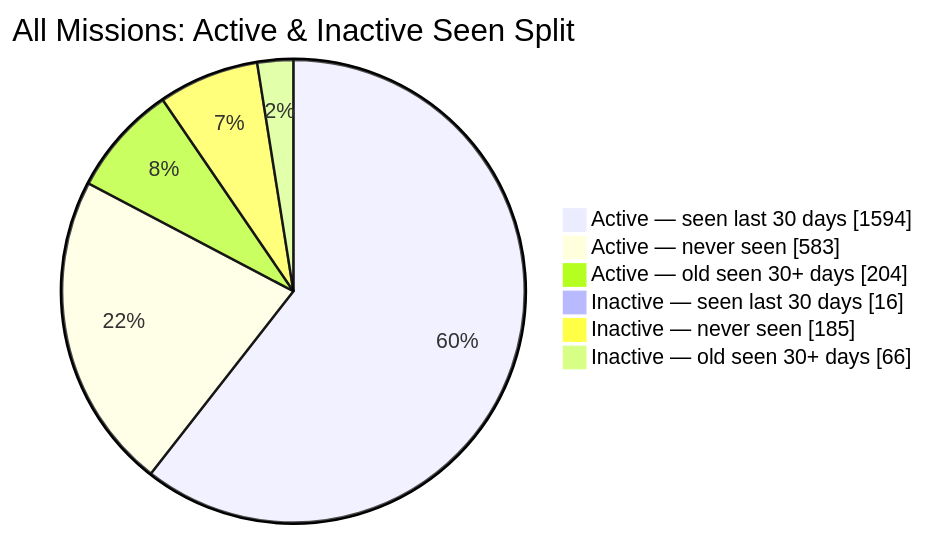
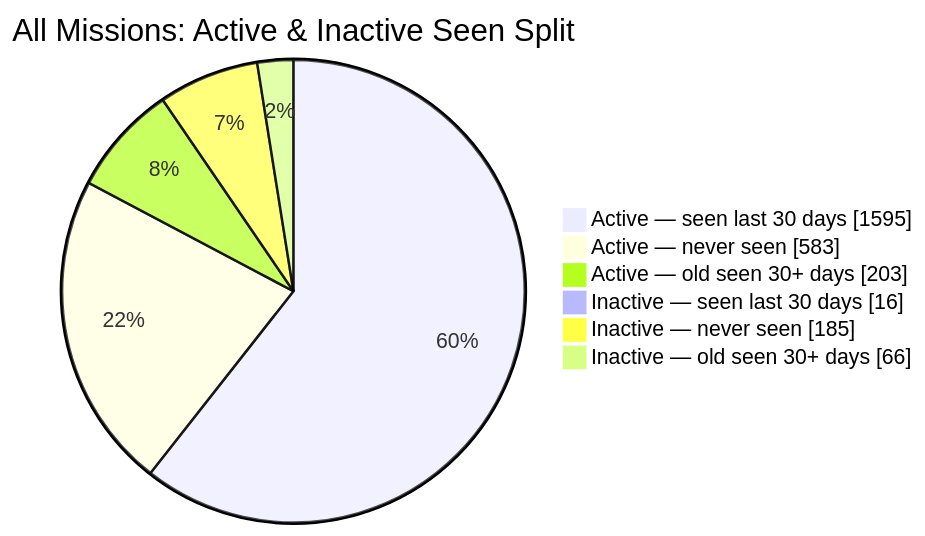
Before and after one commit to MeldkamerspelGameTeam/active-missions: the second of 2 diagrams in README.md, drawn with Mermaid. The commit also changed other lines of this file and 2 other files, not shown here.

````diff
--- a/README.md
+++ b/README.md
@@ -44,10 +44,10 @@
 ```mermaid
 pie showData
     title All Missions: Active & Inactive Seen Split
-    "Active — seen last 30 days" : 1594
+    "Active — seen last 30 days" : 1595
     "Active — never seen" : 583
-    "Active — old seen 30+ days" : 204
+    "Active — old seen 30+ days" : 203
     "Inactive — seen last 30 days" : 16
     "Inactive — never seen" : 185
     "Inactive — old seen 30+ days" : 66
 ```
````
